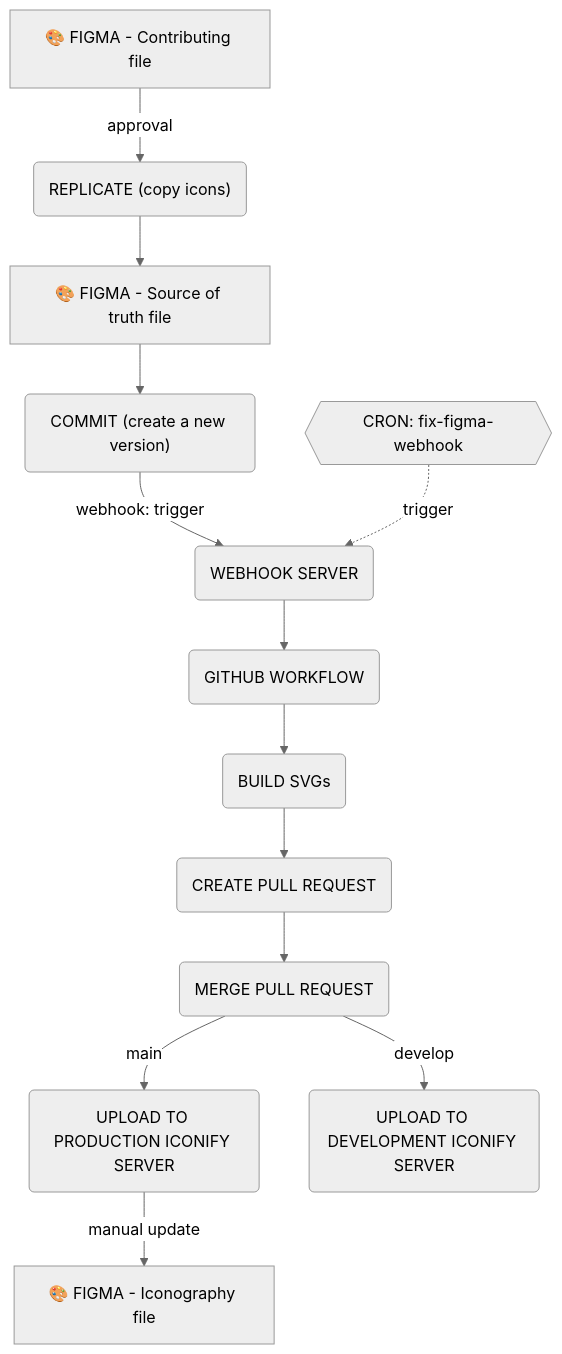
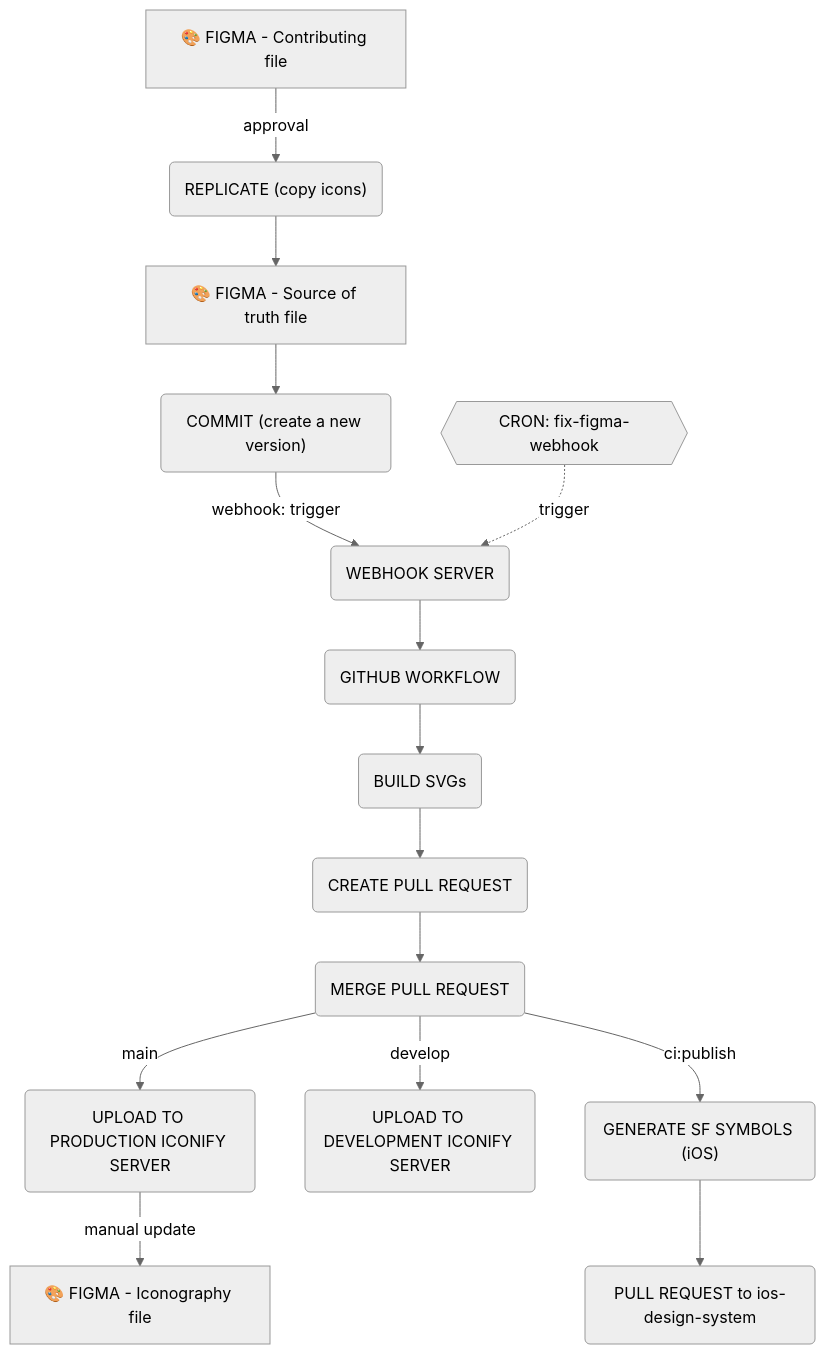
The diagram in packages/assets/images/svg/README.md (Infomaniak/design-system), drawn with Mermaid (neutral theme) before and after one commit. The commit also changed other lines of this file and 40 other files, not shown here.

Commit message:
feat: generate SF Symbols for iOS from Figma icons

````diff
--- a/packages/assets/images/svg/README.md
+++ b/packages/assets/images/svg/README.md
@@ -83,31 +95,33 @@
 ```mermaid
 flowchart TD
   FIGMA_CONTRIBUTING["🎨 FIGMA - Contributing file"]
   REPLICATE("REPLICATE (copy icons)")
   FIGMA_SOURCE_OF_TRUTH["🎨 FIGMA - Source of truth file"]
   COMMIT("COMMIT (create a new version)")
   WEBHOOK_SERVER("WEBHOOK SERVER")
   GITHUB_WORKFLOW("GITHUB WORKFLOW")
   BUILD_SVGS("BUILD SVGs")
   CREATE_PR("CREATE PULL REQUEST")
   MERGE_PR("MERGE PULL REQUEST")
   UPLOAD_PROD("UPLOAD TO PRODUCTION ICONIFY SERVER")
   UPLOAD_DEVELOP("UPLOAD TO DEVELOPMENT ICONIFY SERVER")
   FIGMA_ICONOGRAPHY_GUIDELINE["🎨 FIGMA - Iconography file"]
 
   FIGMA_CONTRIBUTING -- "approval" --> REPLICATE
   REPLICATE --> FIGMA_SOURCE_OF_TRUTH
   FIGMA_SOURCE_OF_TRUTH --> COMMIT
   COMMIT -- "webhook: trigger" --> WEBHOOK_SERVER
   WEBHOOK_SERVER --> GITHUB_WORKFLOW
   GITHUB_WORKFLOW --> BUILD_SVGS
   BUILD_SVGS --> CREATE_PR
   CREATE_PR --> MERGE_PR
   MERGE_PR -- "main" --> UPLOAD_PROD
   MERGE_PR -- "develop" --> UPLOAD_DEVELOP
+  MERGE_PR -- "ci:publish" --> GENERATE_SF_SYMBOLS("GENERATE SF SYMBOLS (iOS)")
+  GENERATE_SF_SYMBOLS --> PR_IOS("PULL REQUEST to ios-design-system")
   UPLOAD_PROD -- "manual update" --> FIGMA_ICONOGRAPHY_GUIDELINE
 
   %% FIX_FIGMA_WEBHOOK
   FIX_FIGMA_WEBHOOK{{"CRON: fix-figma-webhook"}}
   FIX_FIGMA_WEBHOOK -. "trigger" .-> WEBHOOK_SERVER
 ```
````
